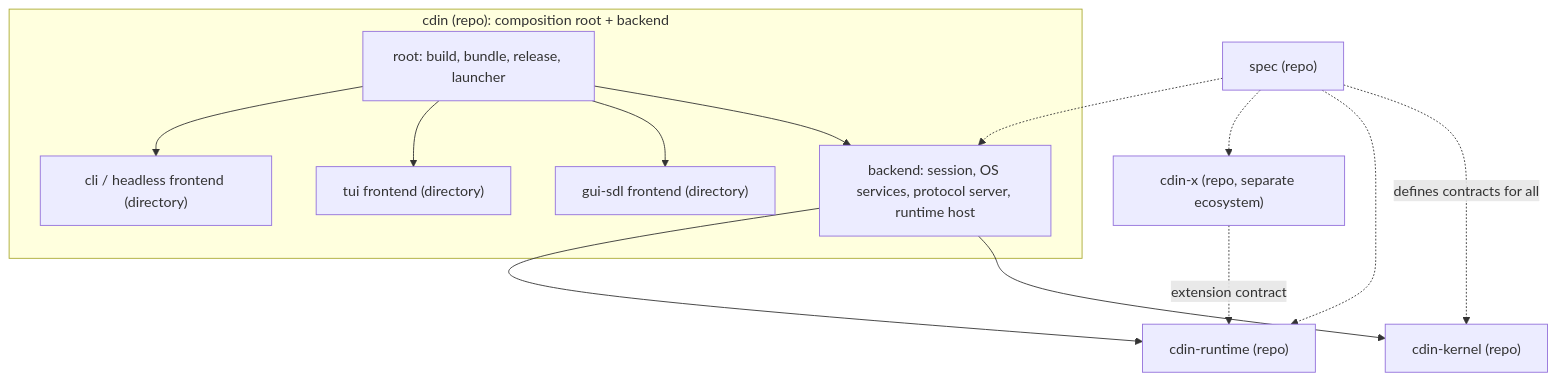
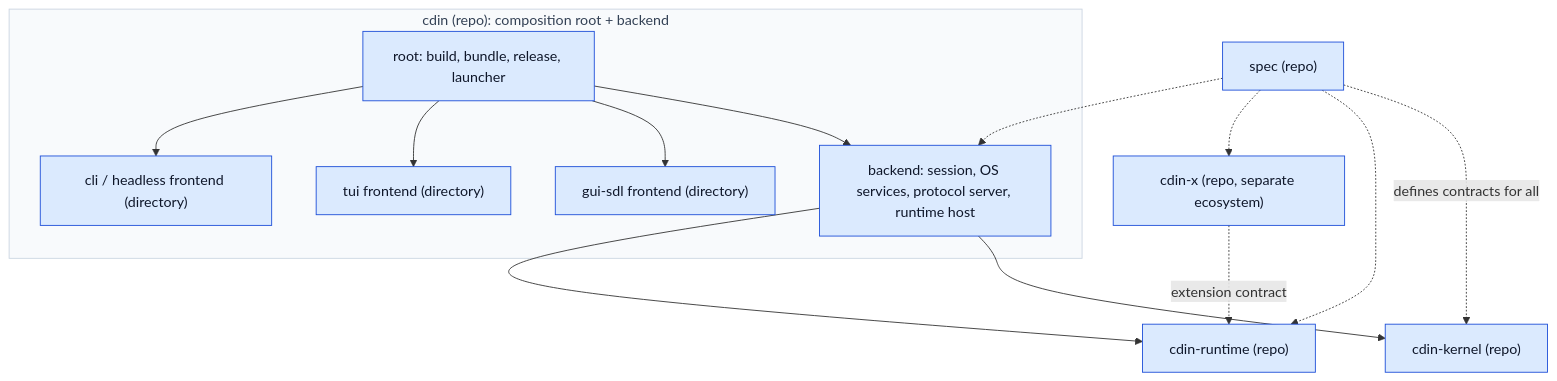
The second of 2 diagrams in docs/architecture/repositories.md (cdin-editor/spec), drawn with Mermaid before and after one commit. The commit also changed other lines of this file and 9 other files, not shown here.

Commit message:
docs(architecture): specify boundaries, ABI, protocol, concurrency, lifecycle and migration

````diff
--- a/docs/architecture/repositories.md
+++ b/docs/architecture/repositories.md
@@ -7,26 +24,30 @@
 ```mermaid
 flowchart TB
     spec["spec (repo)"]
     subgraph cdinrepo["cdin (repo): composition root + backend"]
         root["root: build, bundle, release, launcher"]
         be["backend: session, OS services, protocol server, runtime host"]
         fegui["gui-sdl frontend (directory)"]
         fetui["tui frontend (directory)"]
         fecli["cli / headless frontend (directory)"]
     end
     kernel["cdin-kernel (repo)"]
     runtime["cdin-runtime (repo)"]
     x["cdin-x (repo, separate ecosystem)"]
 
     root --> be
     root --> fegui
     root --> fetui
     root --> fecli
     be --> kernel
     be --> runtime
     x -. "extension contract" .-> runtime
     spec -. "defines contracts for all" .-> kernel
     spec -.-> runtime
     spec -.-> be
     spec -.-> x
+    classDef comp fill:#dbeafe,stroke:#1d4ed8,color:#0f172a
+    classDef group fill:#f8fafc,stroke:#cbd5e1,color:#334155
+    class be,fecli,fegui,fetui,kernel,root,runtime,spec,x comp
+    class cdinrepo group
 ```
````
